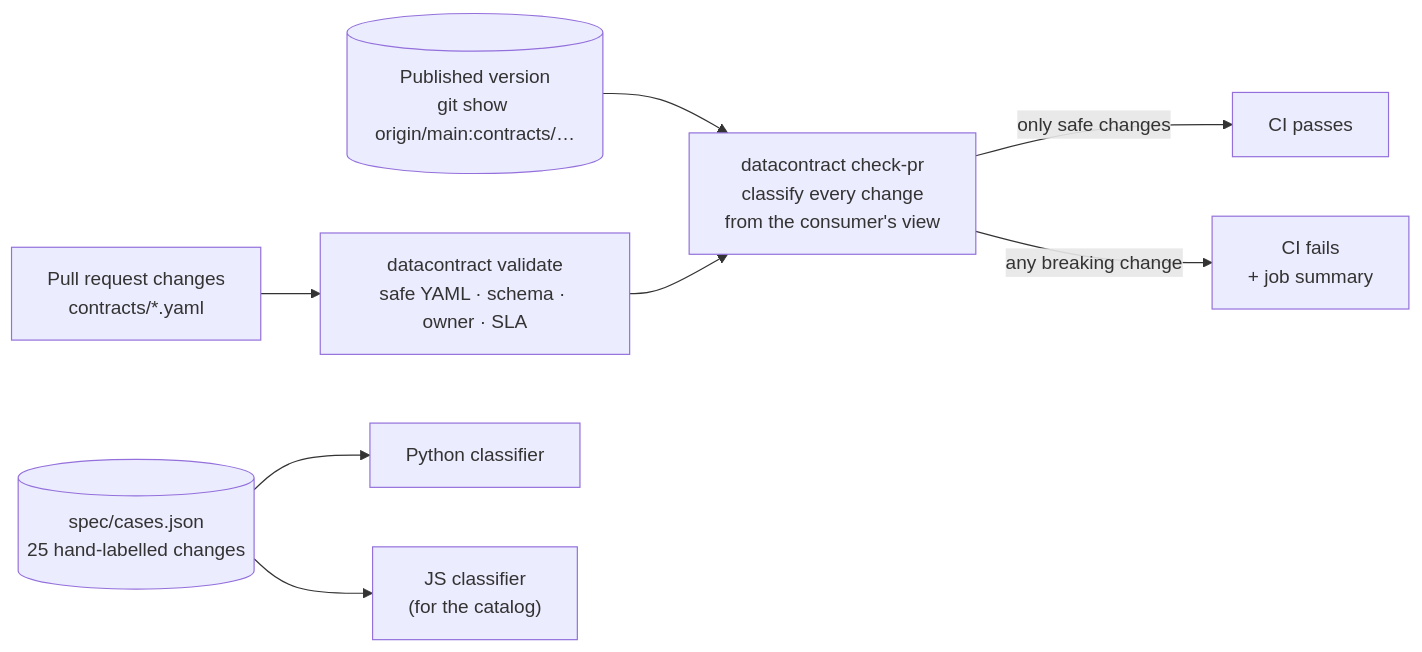
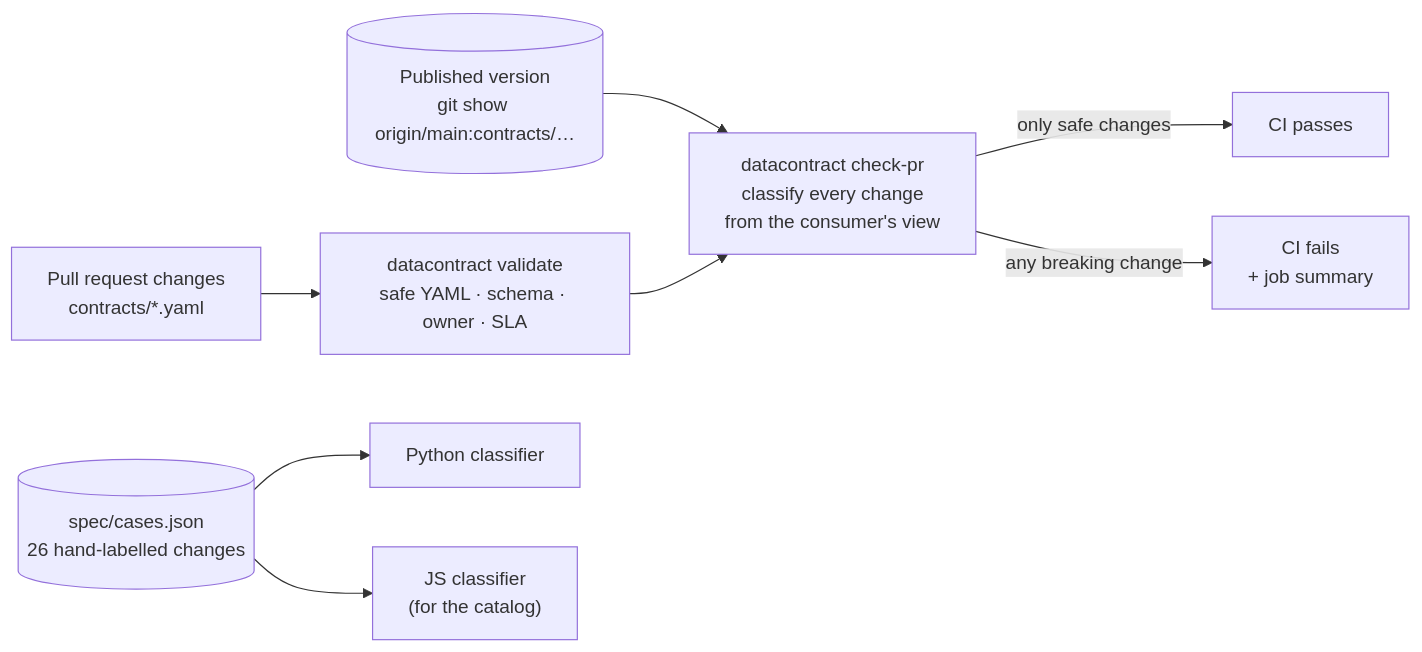
Before and after one commit to EquinoxWN/data-contracts-platform: the first of 2 diagrams in README.md, drawn with Mermaid. The commit also changed other lines of this file and 2 other files, not shown here.

````diff
--- a/README.md
+++ b/README.md
@@ -24,10 +24,10 @@
 ```mermaid
 flowchart LR
   PR["Pull request changes<br/>contracts/*.yaml"] --> V["datacontract validate<br/>safe YAML · schema · owner · SLA"]
   BASE[("Published version<br/>git show origin/main:contracts/…")] --> D
   V --> D["datacontract check-pr<br/>classify every change<br/>from the consumer's view"]
   D -- "only safe changes" --> OK["CI passes"]
   D -- "any breaking change" --> NO["CI fails<br/>+ job summary"]
-  CASES[("spec/cases.json<br/>25 hand-labelled changes")] --> PY["Python classifier"]
+  CASES[("spec/cases.json<br/>26 hand-labelled changes")] --> PY["Python classifier"]
   CASES --> JS["JS classifier<br/>(for the catalog)"]
 ```
````
